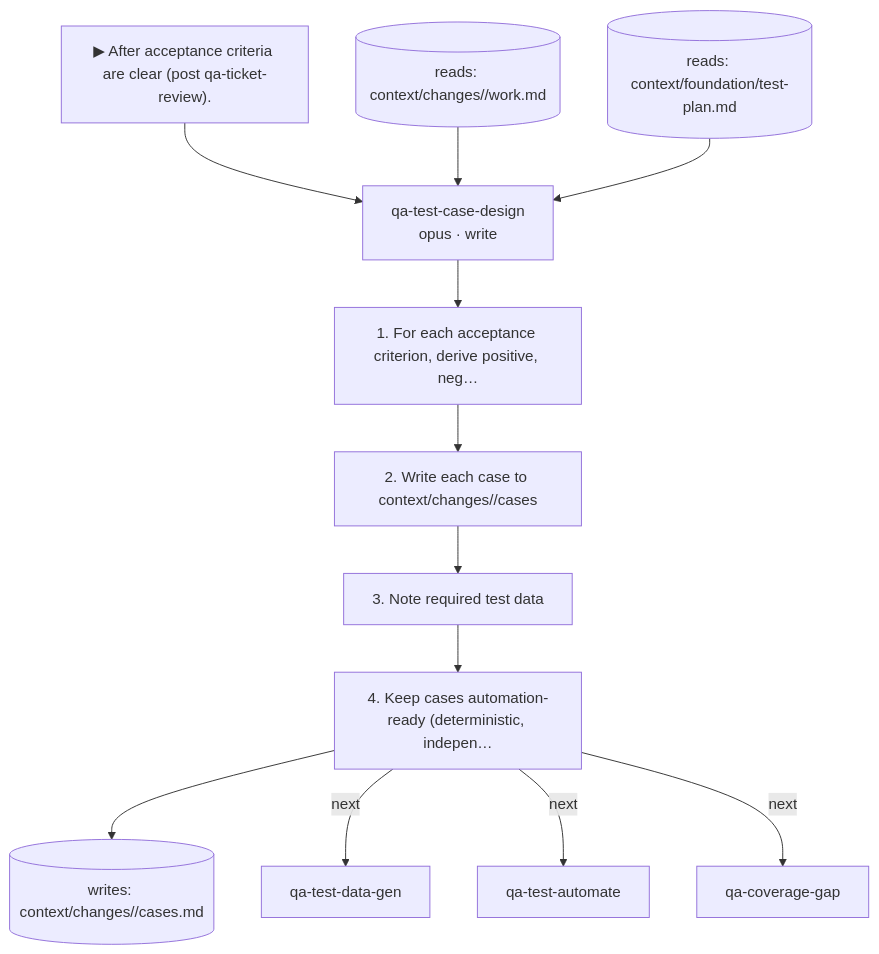
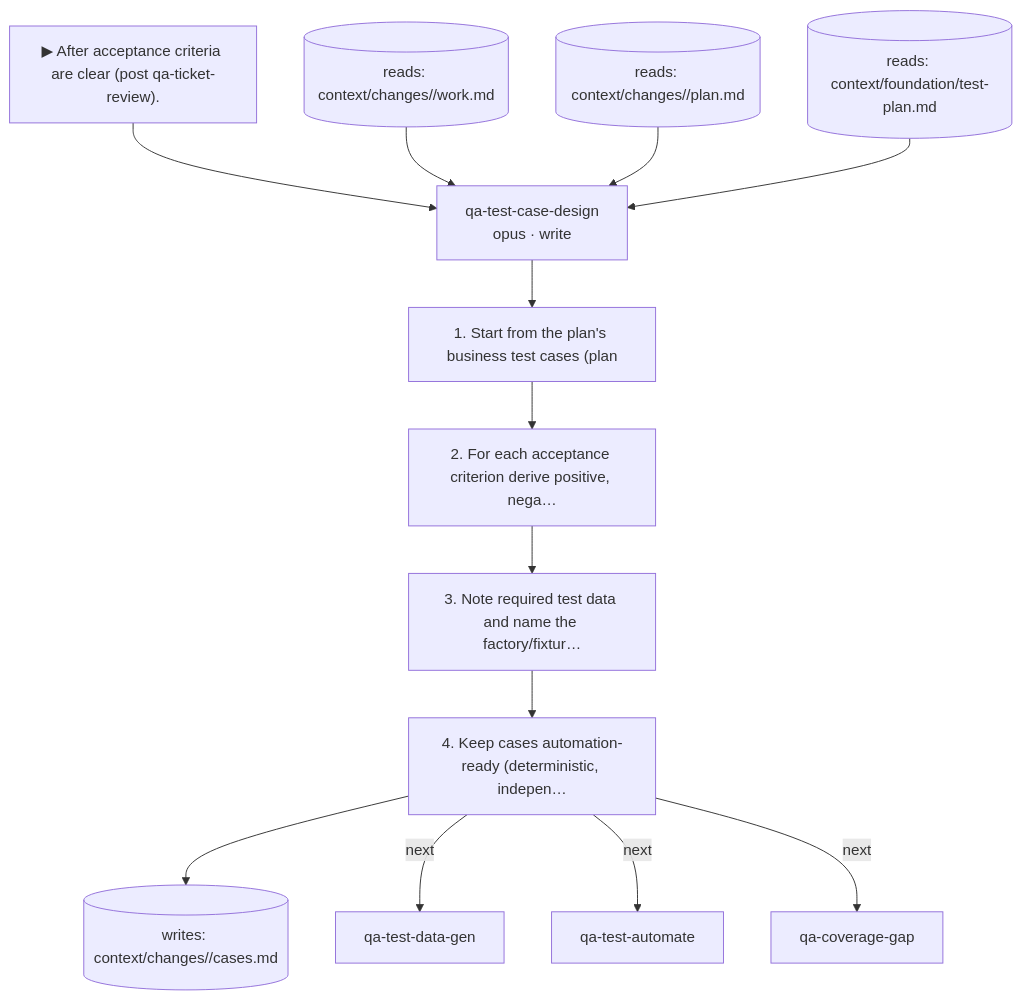
One commit to Assamir/ai-process-orchestration changed diagram 13 of 25 in docs/skill-catalog.md. Above: the diagram before and after it, drawn with Mermaid. The commit also changed other lines of this file and 20 other files, not shown here.

````diff
--- a/docs/skill-catalog.md
+++ b/docs/skill-catalog.md
@@ -429,23 +439,25 @@
 ```mermaid
 flowchart TD
   trig["▶ After acceptance criteria are clear (post qa-ticket-review)."]
   qa_test_case_design["qa-test-case-design<br/>opus · write"]
   trig --> qa_test_case_design
   r0[("reads: context/changes/<work-id>/work.md")]
   r0 --> qa_test_case_design
-  r1[("reads: context/foundation/test-plan.md")]
+  r1[("reads: context/changes/<work-id>/plan.md")]
   r1 --> qa_test_case_design
-  s0["1. For each acceptance criterion, derive positive, neg…"]
+  r2[("reads: context/foundation/test-plan.md")]
+  r2 --> qa_test_case_design
+  s0["1. Start from the plan's business test cases (plan"]
   qa_test_case_design --> s0
-  s1["2. Write each case to context/changes/<work-id>/cases"]
+  s1["2. For each acceptance criterion derive positive, nega…"]
   s0 --> s1
-  s2["3. Note required test data"]
+  s2["3. Note required test data and name the factory/fixtur…"]
   s1 --> s2
   s3["4. Keep cases automation-ready (deterministic, indepen…"]
   s2 --> s3
   w0[("writes: context/changes/<work-id>/cases.md")]
   s3 --> w0
   s3 -->|next| qa_test_data_gen["qa-test-data-gen"]
   s3 -->|next| qa_test_automate["qa-test-automate"]
   s3 -->|next| qa_coverage_gap["qa-coverage-gap"]
 ```
````
